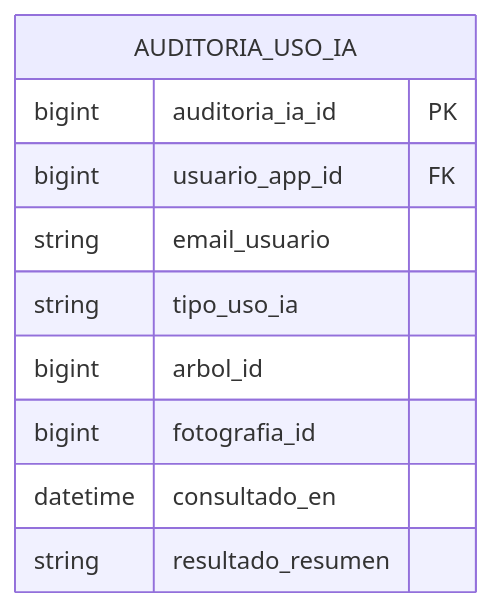
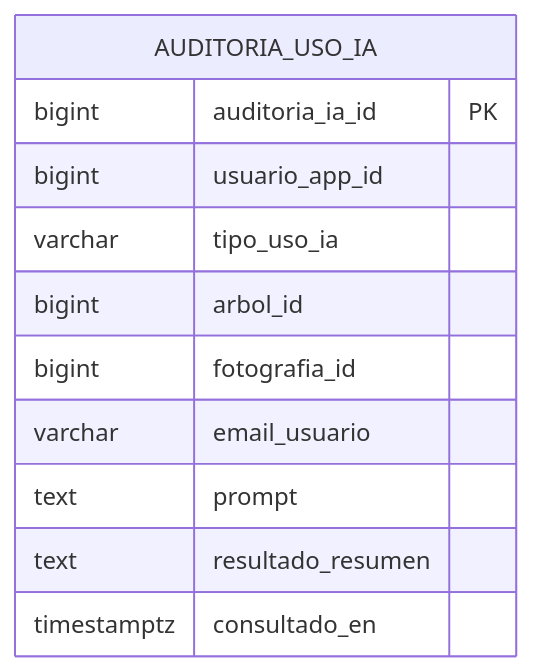
One commit to LIDR-academy/AI4Devs-finalproject changed diagram 18 of 18 in readme.md. Above: the diagram before and after it, drawn with Mermaid. The commit also changed other lines of this file and 1 other file, not shown here.

Commit message:
Modificación de los diagramas er

````diff
--- a/readme.md
+++ b/readme.md
@@ -1073,13 +1085,14 @@
 ```mermaid
 erDiagram
     AUDITORIA_USO_IA {
         bigint auditoria_ia_id PK
-        bigint usuario_app_id FK
-        string email_usuario
-        string tipo_uso_ia
+        bigint usuario_app_id
+        varchar tipo_uso_ia
         bigint arbol_id
         bigint fotografia_id
-        datetime consultado_en
-        string resultado_resumen
+        varchar email_usuario
+        text prompt
+        text resultado_resumen
+        timestamptz consultado_en
     }
 ```
````
